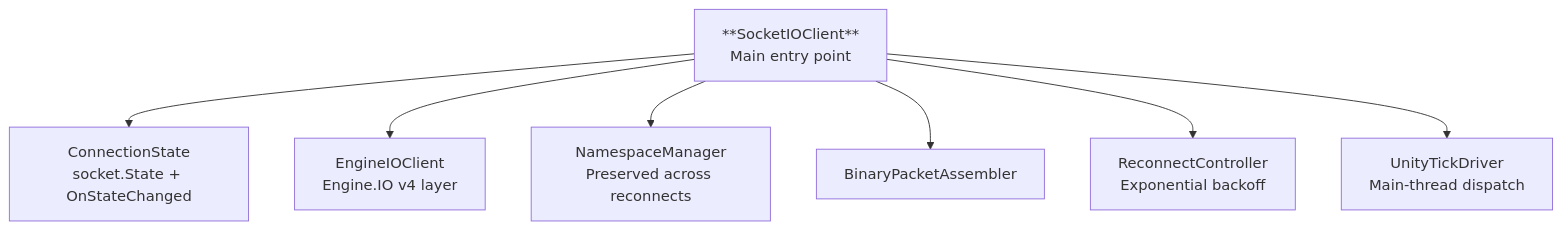
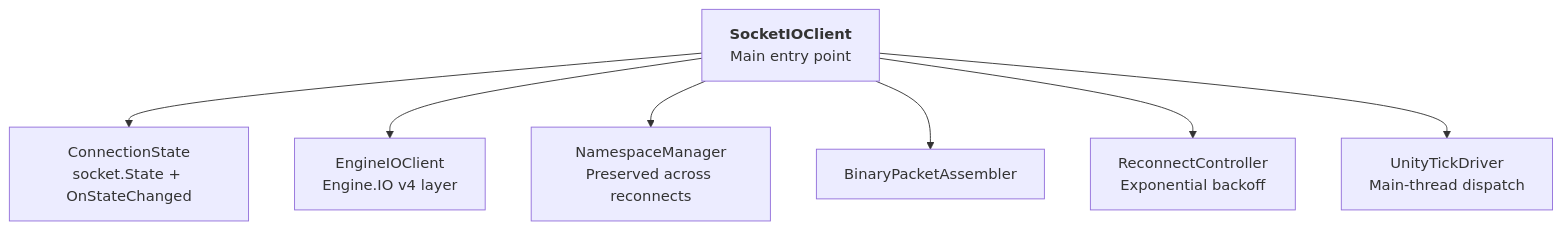
One commit to Magithar/socketio-unity changed the first of 8 diagrams in Documentation~/ARCHITECTURE.md. Above: the diagram before and after it, drawn with Mermaid. The commit also changed other lines of this file, not shown here.

Commit message:
Release v1.3.1 - Use HTML bold tags in Mermaid node labels for correct rendering

````diff
--- a/Documentation~/ARCHITECTURE.md
+++ b/Documentation~/ARCHITECTURE.md
@@ -11,11 +11,11 @@
 ```mermaid
 graph TD
-    SIO["**SocketIOClient**<br/>Main entry point"]
+    SIO["<b>SocketIOClient</b><br/>Main entry point"]
 
     SIO --> CS["ConnectionState<br/>socket.State + OnStateChanged"]
     SIO --> EIO["EngineIOClient<br/>Engine.IO v4 layer"]
     SIO --> NM["NamespaceManager<br/>Preserved across reconnects"]
     SIO --> BPA["BinaryPacketAssembler"]
     SIO --> RC["ReconnectController<br/>Exponential backoff"]
     SIO --> UTD["UnityTickDriver<br/>Main-thread dispatch"]
 ```
````
